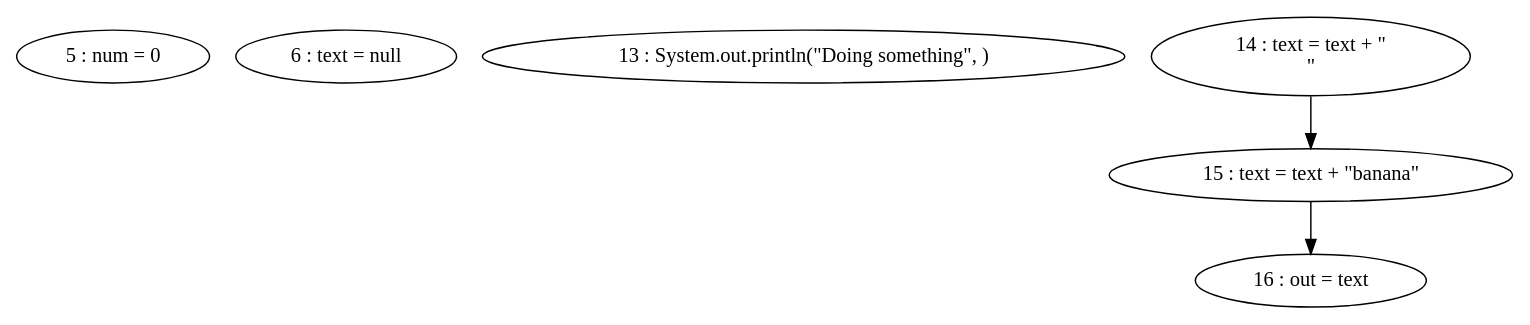
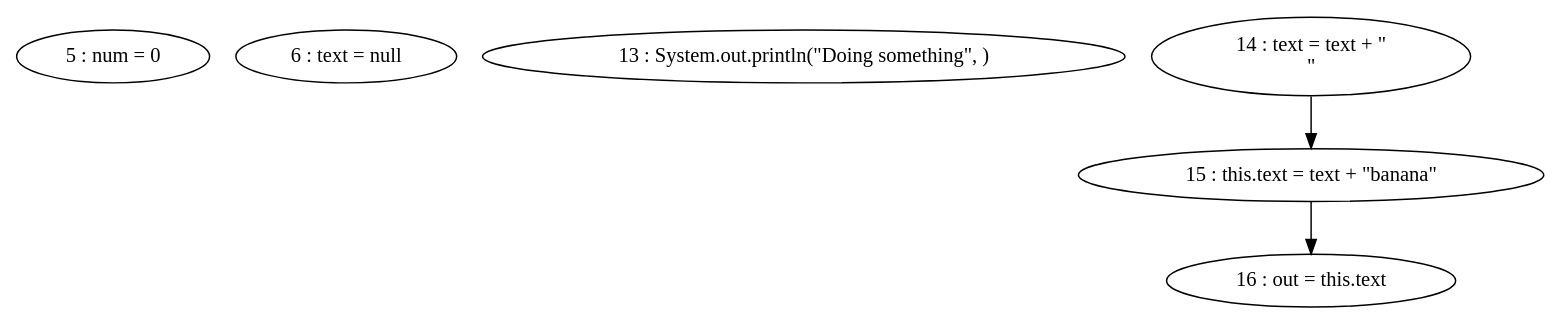
One commit to thomassimko/thesis-code-duplication changed the diagram in target/classes/pdg/source/testObject-doSomething.gv. Above: the diagram before and after it, drawn with Graphviz. The commit also changed 61 other files, not shown here.

```diff
--- a/target/classes/pdg/source/testObject-doSomething.gv
+++ b/target/classes/pdg/source/testObject-doSomething.gv
@@ -1,10 +1,10 @@
 digraph G {
 "5 : num = 0"
 "6 : text = null"
 "13 : System.out.println(\"Doing something\", )"
 "14 : text = text + \"\n\""
-"14 : text = text + \"\n\"" -> "15 : text = text + \"banana\""
-"15 : text = text + \"banana\""
-"15 : text = text + \"banana\"" -> "16 : out = text"
-"16 : out = text"
+"14 : text = text + \"\n\"" -> "15 : this.text = text + \"banana\""
+"15 : this.text = text + \"banana\""
+"15 : this.text = text + \"banana\"" -> "16 : out = this.text"
+"16 : out = this.text"
 }
```
